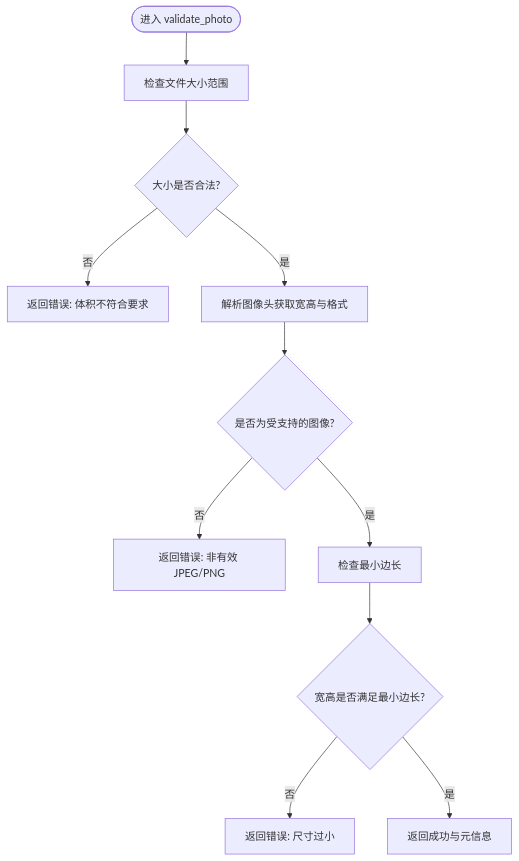
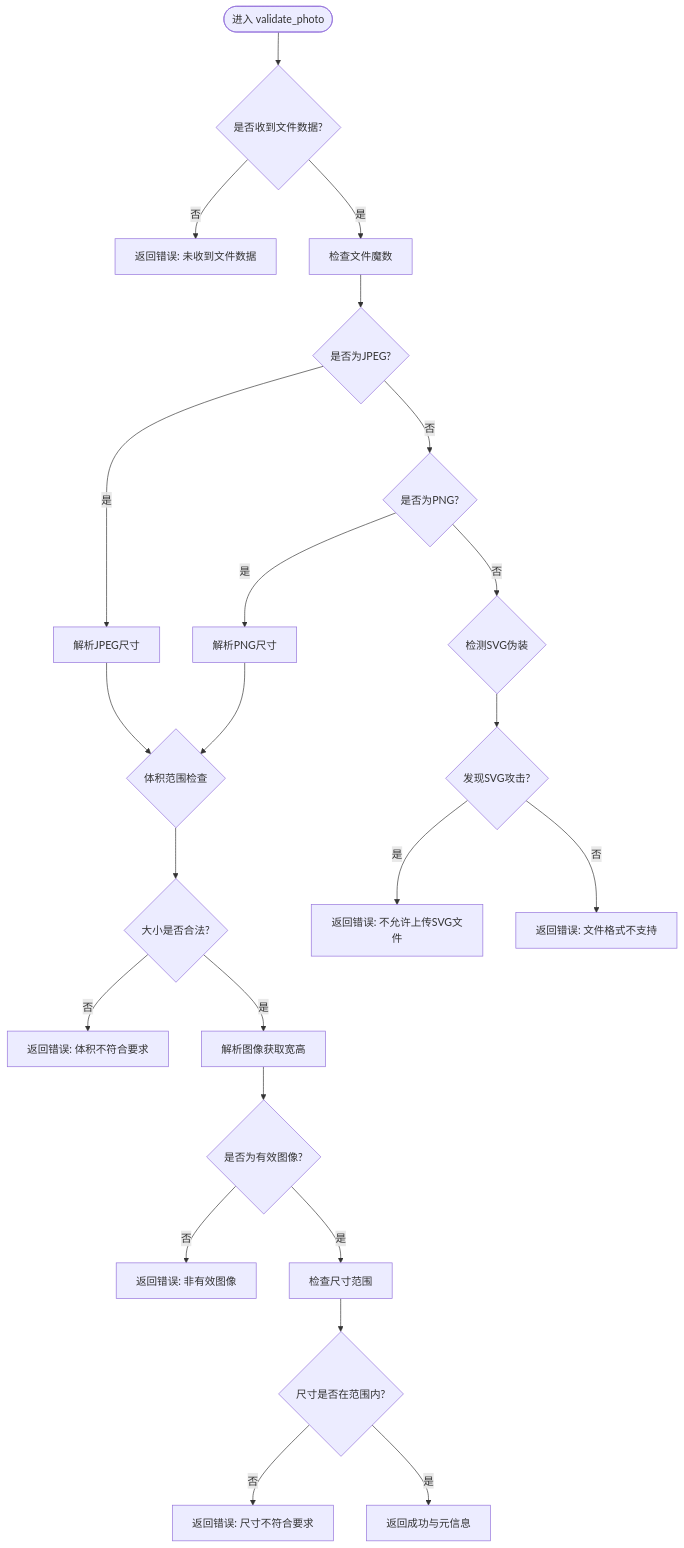
The fifth of 6 diagrams in .qoder/repowiki/zh/content/API接口文档/打卡接口/图片上传接口.md (onebody/homework), drawn with Mermaid before and after one commit. The commit also changed other lines of this file and 35 other files, not shown here.

````diff
--- a/.qoder/repowiki/zh/content/API接口文档/打卡接口/图片上传接口.md
+++ b/.qoder/repowiki/zh/content/API接口文档/打卡接口/图片上传接口.md
@@ -173,13 +234,25 @@
 ```mermaid
 flowchart TD
-Start(["进入 validate_photo"]) --> CheckSize["检查文件大小范围"]
-CheckSize --> SizeOK{"大小是否合法?"}
+Start(["进入 validate_photo"]) --> CheckEmpty{"是否收到文件数据?"}
+CheckEmpty --> |否| ErrEmpty["返回错误: 未收到文件数据"]
+CheckEmpty --> |是| CheckMagic["检查文件魔数"]
+CheckMagic --> IsJPG{"是否为JPEG?"}
+IsJPG --> |是| ParseJPG["解析JPEG尺寸"]
+IsJPG --> |否| IsPNG{"是否为PNG?"}
+IsPNG --> |是| ParsePNG["解析PNG尺寸"]
+IsPNG --> |否| CheckSVG{"检测SVG伪装"}
+CheckSVG --> SVGAttack{"发现SVG攻击?"}
+SVGAttack --> |是| ErrSVG["返回错误: 不允许上传SVG文件"]
+SVGAttack --> |否| ErrFormat["返回错误: 文件格式不支持"]
+ParseJPG --> CheckSizeRange{"体积范围检查"}
+ParsePNG --> CheckSizeRange
+CheckSizeRange --> SizeOK{"大小是否合法?"}
 SizeOK -- "否" --> ErrSize["返回错误: 体积不符合要求"]
-SizeOK -- "是" --> Inspect["解析图像头获取宽高与格式"]
-Inspect --> ImgOK{"是否为受支持的图像?"}
-ImgOK -- "否" --> ErrFmt["返回错误: 非有效 JPEG/PNG"]
-ImgOK -- "是" --> DimCheck["检查最小边长"]
-DimCheck --> DimOK{"宽高是否满足最小边长?"}
-DimOK -- "否" --> ErrDim["返回错误: 尺寸过小"]
+SizeOK -- "是" --> Inspect["解析图像获取宽高"]
+Inspect --> ImgOK{"是否为有效图像?"}
+ImgOK -- "否" --> ErrImg["返回错误: 非有效图像"]
+ImgOK -- "是" --> DimCheck["检查尺寸范围"]
+DimCheck --> DimOK{"尺寸是否在范围内?"}
+DimOK -- "否" --> ErrDim["返回错误: 尺寸不符合要求"]
 DimOK -- "是" --> Ok["返回成功与元信息"]
 ```
````
